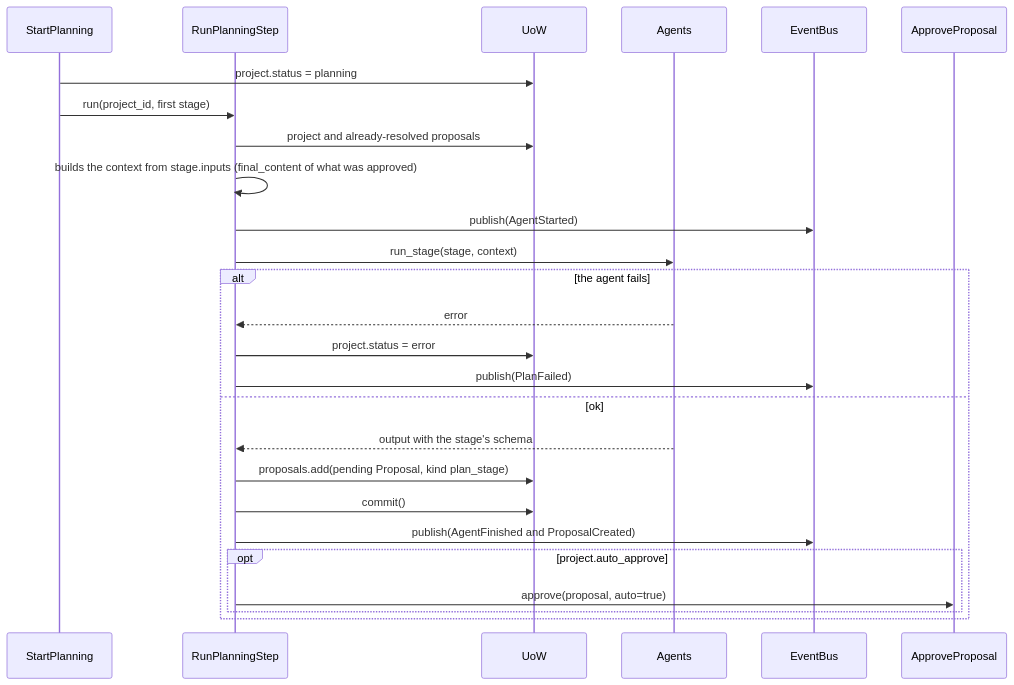
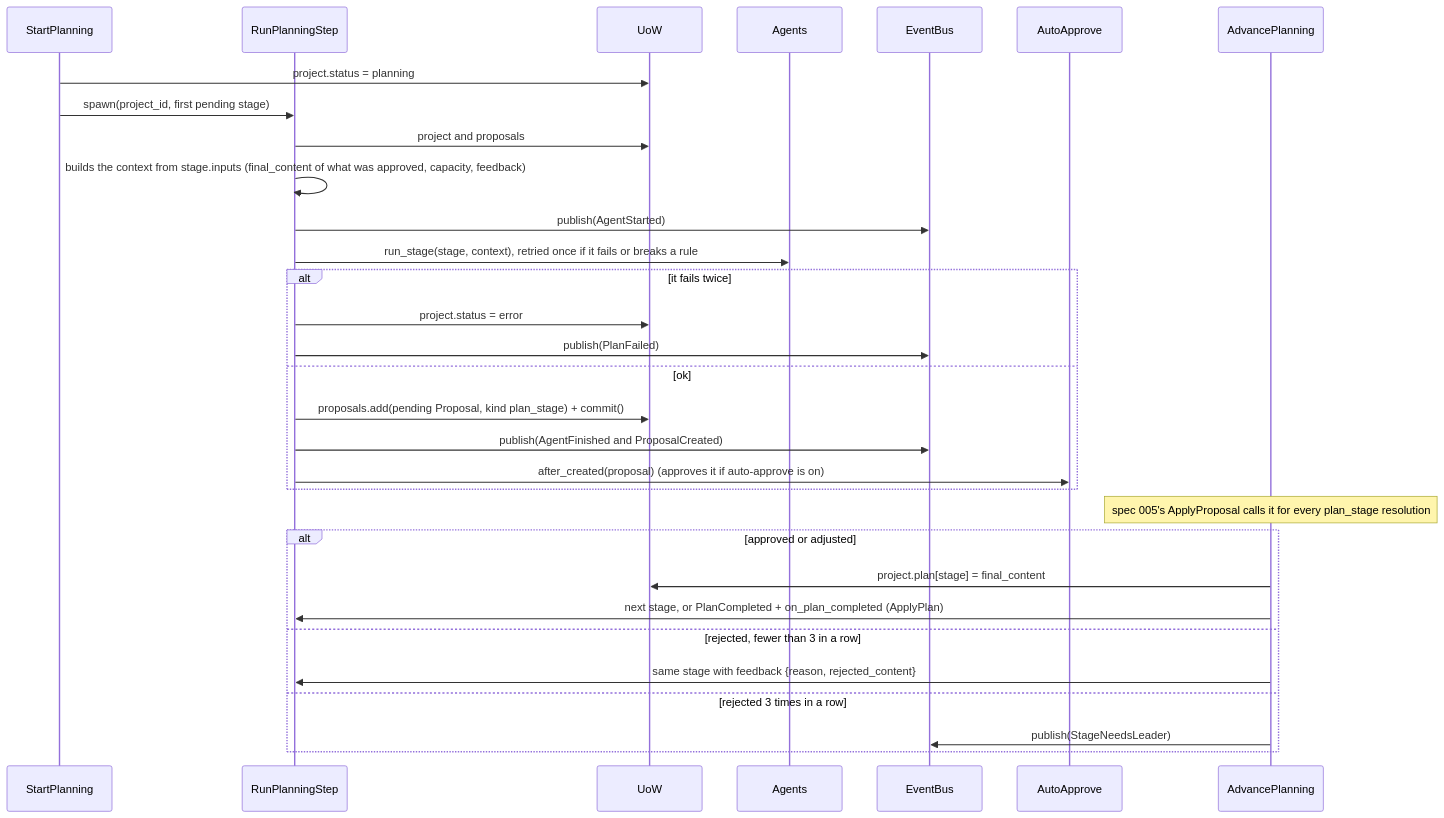
One commit to Mitchz01/TransparencIA changed the seventh of 18 diagrams in plan/use-cases.md. Above: the diagram before and after it, drawn with Mermaid. The commit also changed other lines of this file and 3 other files, not shown here.

````diff
--- a/plan/use-cases.md
+++ b/plan/use-cases.md
@@ -233,29 +234,34 @@
 ```mermaid
 sequenceDiagram
     participant SP as StartPlanning
     participant RS as RunPlanningStep
     participant UoW
     participant AG as Agents
     participant Bus as EventBus
-    participant AP as ApproveProposal
+    participant AA as AutoApprove
+    participant AV as AdvancePlanning
 
     SP->>UoW: project.status = planning
-    SP->>RS: run(project_id, first stage)
-    RS->>UoW: project and already-resolved proposals
-    RS->>RS: builds the context from stage.inputs (final_content of what was approved)
+    SP->>RS: spawn(project_id, first pending stage)
+    RS->>UoW: project and proposals
+    RS->>RS: builds the context from stage.inputs (final_content of what was approved, capacity, feedback)
     RS->>Bus: publish(AgentStarted)
-    RS->>AG: run_stage(stage, context)
-    alt the agent fails
-        AG-->>RS: error
+    RS->>AG: run_stage(stage, context), retried once if it fails or breaks a rule
+    alt it fails twice
         RS->>UoW: project.status = error
         RS->>Bus: publish(PlanFailed)
     else ok
-        AG-->>RS: output with the stage's schema
-        RS->>UoW: proposals.add(pending Proposal, kind plan_stage)
-        RS->>UoW: commit()
+        RS->>UoW: proposals.add(pending Proposal, kind plan_stage) + commit()
         RS->>Bus: publish(AgentFinished and ProposalCreated)
-        opt project.auto_approve
-            RS->>AP: approve(proposal, auto=true)
-        end
+        RS->>AA: after_created(proposal) (approves it if auto-approve is on)
+    end
+    Note over AV: spec 005's ApplyProposal calls it for every plan_stage resolution
+    alt approved or adjusted
+        AV->>UoW: project.plan[stage] = final_content
+        AV->>RS: next stage, or PlanCompleted + on_plan_completed (ApplyPlan)
+    else rejected, fewer than 3 in a row
+        AV->>RS: same stage with feedback {reason, rejected_content}
+    else rejected 3 times in a row
+        AV->>Bus: publish(StageNeedsLeader)
     end
 ```
````
